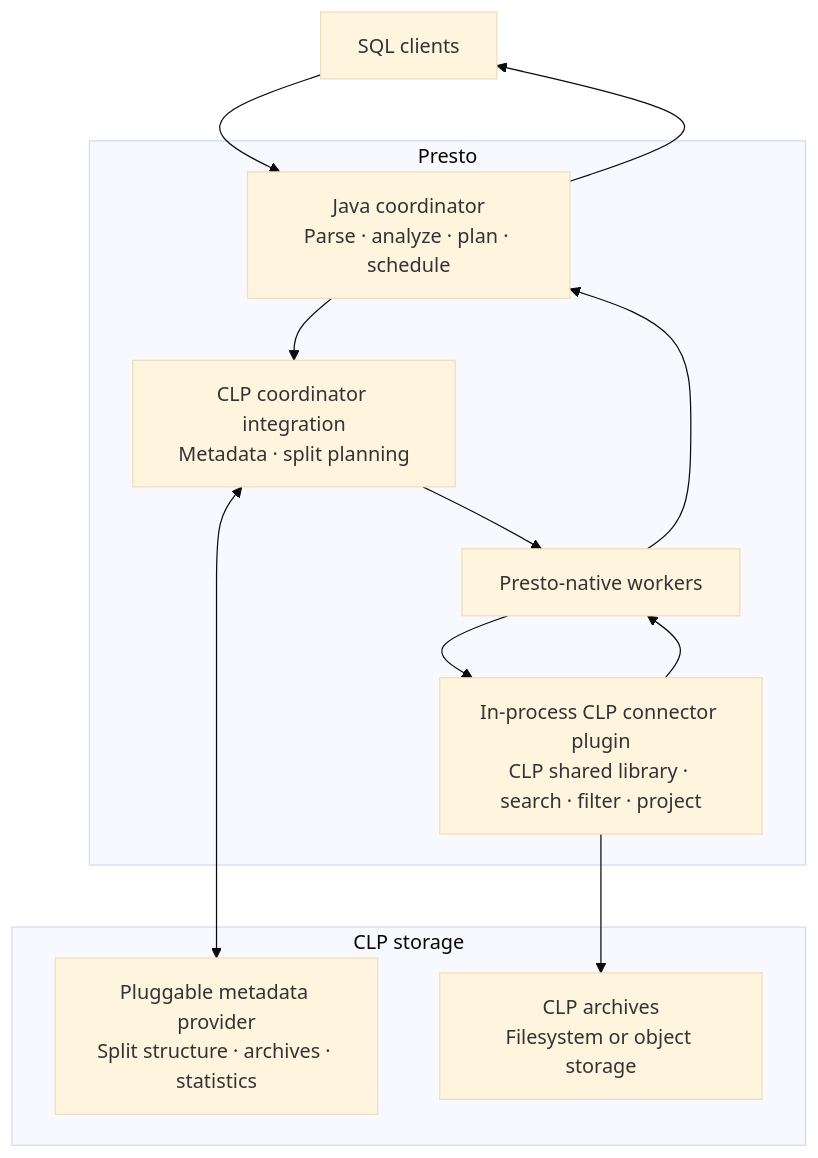
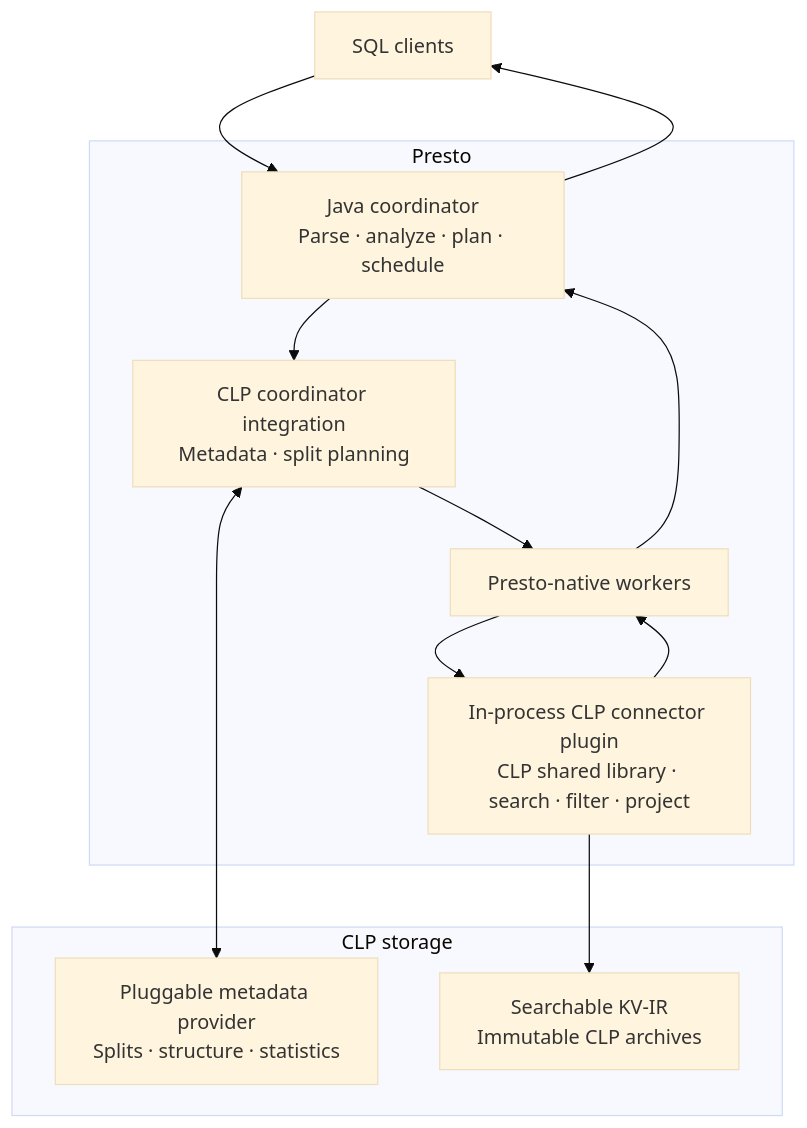
The diagram in presto-blog/presto-clp-knowledge-base.md (y-scope/presto-blogs-collab), drawn with Mermaid (base theme) before and after one commit. The commit also changed other lines of this file and 5 other files, not shown here.

```diff
--- a/presto-blog/presto-clp-knowledge-base.md
+++ b/presto-blog/presto-clp-knowledge-base.md
@@ -774,26 +778,26 @@
 ~~~mermaid
 flowchart TB
     user["SQL clients"]
 
     subgraph presto["Presto"]
         coordinator["Java coordinator<br/>Parse · analyze · plan · schedule"]
         coordPlugin["CLP coordinator integration<br/>Metadata · split planning"]
         worker["Presto-native workers"]
         nativePlugin["In-process CLP connector plugin<br/>CLP shared library · search · filter · project"]
     end
 
     subgraph storage["CLP storage"]
-        metadata["Pluggable metadata provider<br/>Split structure · archives · statistics"]
-        archives["CLP archives<br/>Filesystem or object storage"]
+        metadata["Pluggable metadata provider<br/>Splits · structure · statistics"]
+        files["Searchable KV-IR<br/>Immutable CLP archives"]
     end
 
     user --> coordinator
     coordinator --> coordPlugin
     coordPlugin <--> metadata
     coordPlugin --> worker
     worker --> nativePlugin
-    nativePlugin --> archives
+    nativePlugin --> files
     nativePlugin --> worker
     worker --> coordinator
     coordinator --> user
 ~~~
```
